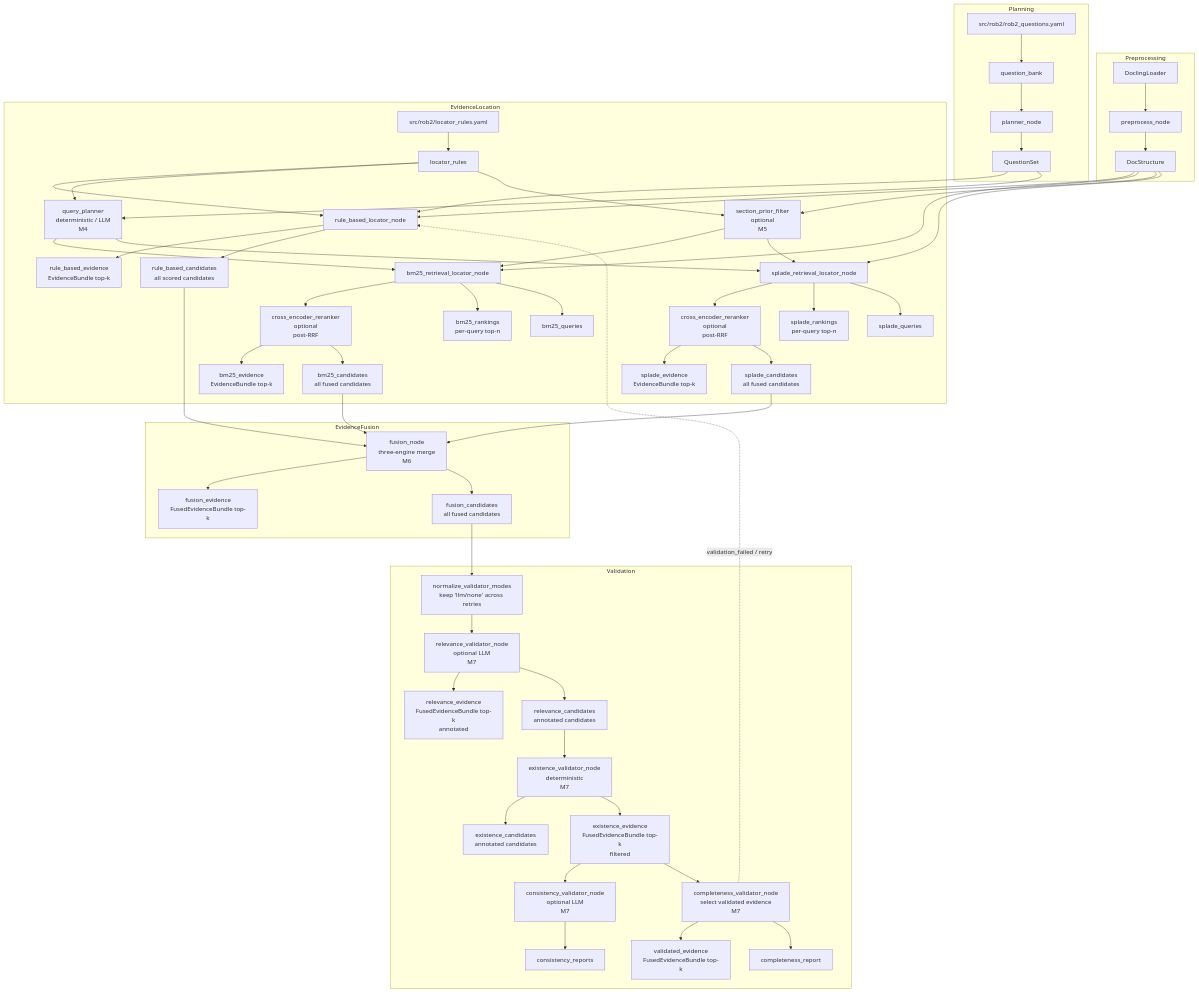
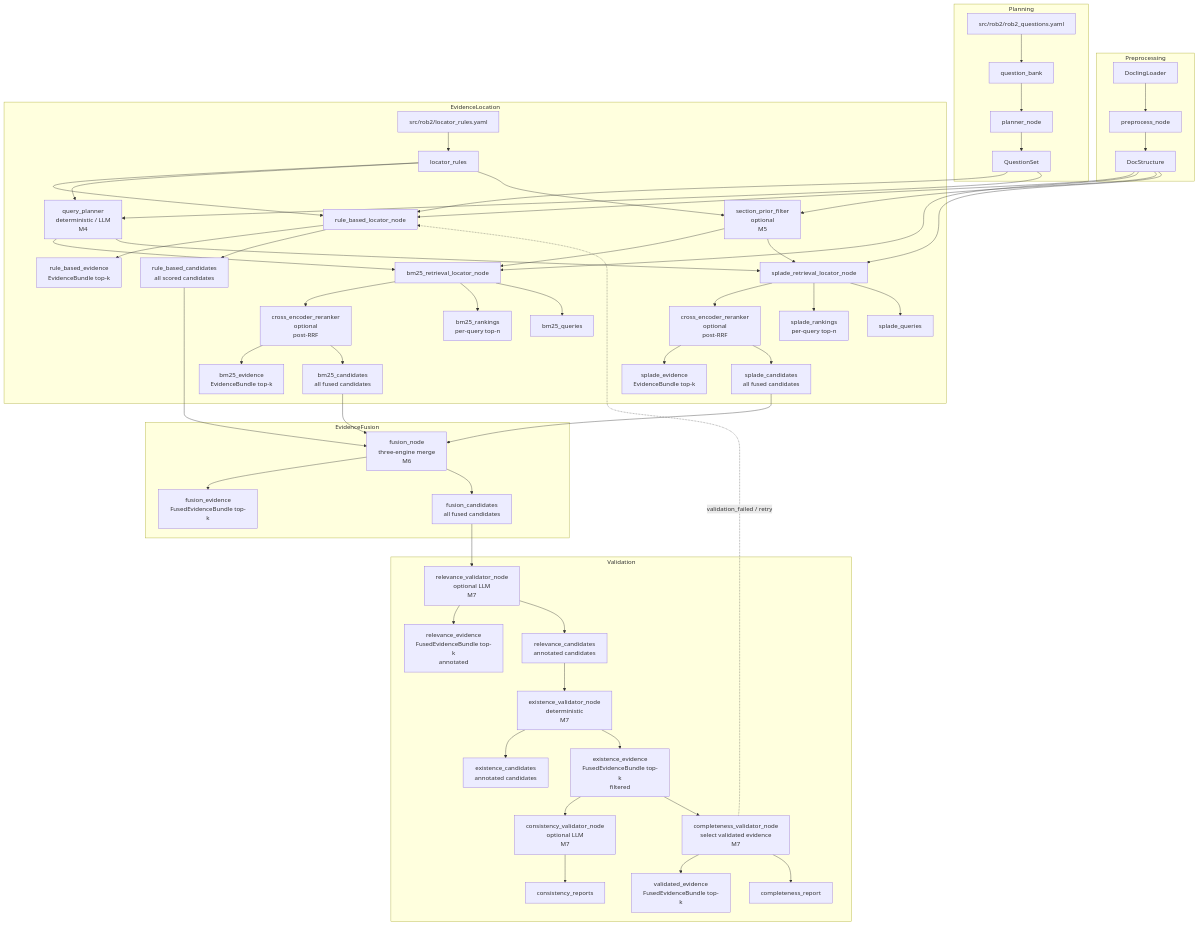
Before and after one commit to Younthing/eagent: the diagram in docs/system-uml.md, drawn with Mermaid. The commit also changed 8 other files, not shown here.

````diff
--- a/docs/system-uml.md
+++ b/docs/system-uml.md
@@ -3,74 +3,73 @@
 ```mermaid
 flowchart TD
   subgraph Preprocessing
     A[DoclingLoader] --> B[preprocess_node]
     B --> C[DocStructure]
   end
 
   subgraph Planning
     D[src/rob2/rob2_questions.yaml] --> E[question_bank]
     E --> F[planner_node]
     F --> G[QuestionSet]
   end
 
   subgraph EvidenceLocation
     H[src/rob2/locator_rules.yaml] --> I[locator_rules]
     C --> J[rule_based_locator_node]
     G --> J
     I --> J
     J --> K[rule_based_evidence<br/>EvidenceBundle top-k]
     J --> L[rule_based_candidates<br/>all scored candidates]
 
     G --> QP[query_planner<br/>deterministic / LLM<br/>M4]
     I --> QP
 
     C --> M[bm25_retrieval_locator_node]
     QP --> M
     C --> R[section_prior_filter<br/>optional<br/>M5]
     I --> R
     R --> M
     M --> CE1[cross_encoder_reranker<br/>optional<br/>post-RRF]
     CE1 --> N[bm25_evidence<br/>EvidenceBundle top-k]
     CE1 --> O[bm25_candidates<br/>all fused candidates]
     M --> P[bm25_rankings<br/>per-query top-n]
     M --> Q[bm25_queries]
 
     C --> S[splade_retrieval_locator_node]
     QP --> S
     R --> S
     S --> CE2[cross_encoder_reranker<br/>optional<br/>post-RRF]
     CE2 --> T[splade_evidence<br/>EvidenceBundle top-k]
     CE2 --> U[splade_candidates<br/>all fused candidates]
     S --> V[splade_rankings<br/>per-query top-n]
     S --> W[splade_queries]
   end
 
   subgraph EvidenceFusion
     L --> FUS[fusion_node<br/>three-engine merge<br/>M6]
     O --> FUS
     U --> FUS
     FUS --> FE[fusion_evidence<br/>FusedEvidenceBundle top-k]
     FUS --> FC[fusion_candidates<br/>all fused candidates]
   end
 
   subgraph Validation
-    FC --> NM[normalize_validator_modes<br/>keep 'llm/none' across retries]
-    NM --> RV[relevance_validator_node<br/>optional LLM<br/>M7]
+    FC --> RV[relevance_validator_node<br/>optional LLM<br/>M7]
     RV --> RE[relevance_evidence<br/>FusedEvidenceBundle top-k<br/>annotated]
     RV --> RC[relevance_candidates<br/>annotated candidates]
 
     RC --> EV[existence_validator_node<br/>deterministic<br/>M7]
     EV --> EC[existence_candidates<br/>annotated candidates]
     EV --> EE[existence_evidence<br/>FusedEvidenceBundle top-k<br/>filtered]
 
     EE --> CV[consistency_validator_node<br/>optional LLM<br/>M7]
     CV --> CR[consistency_reports]
 
     EE --> CM[completeness_validator_node<br/>select validated evidence<br/>M7]
     CM --> VE[validated_evidence<br/>FusedEvidenceBundle top-k]
     CM --> CP[completeness_report]
   end
 
   %% Milestone 7 rollback/retry: failed validation routes back to EvidenceLocation
   CM -. validation_failed / retry .-> J
 ```
````
